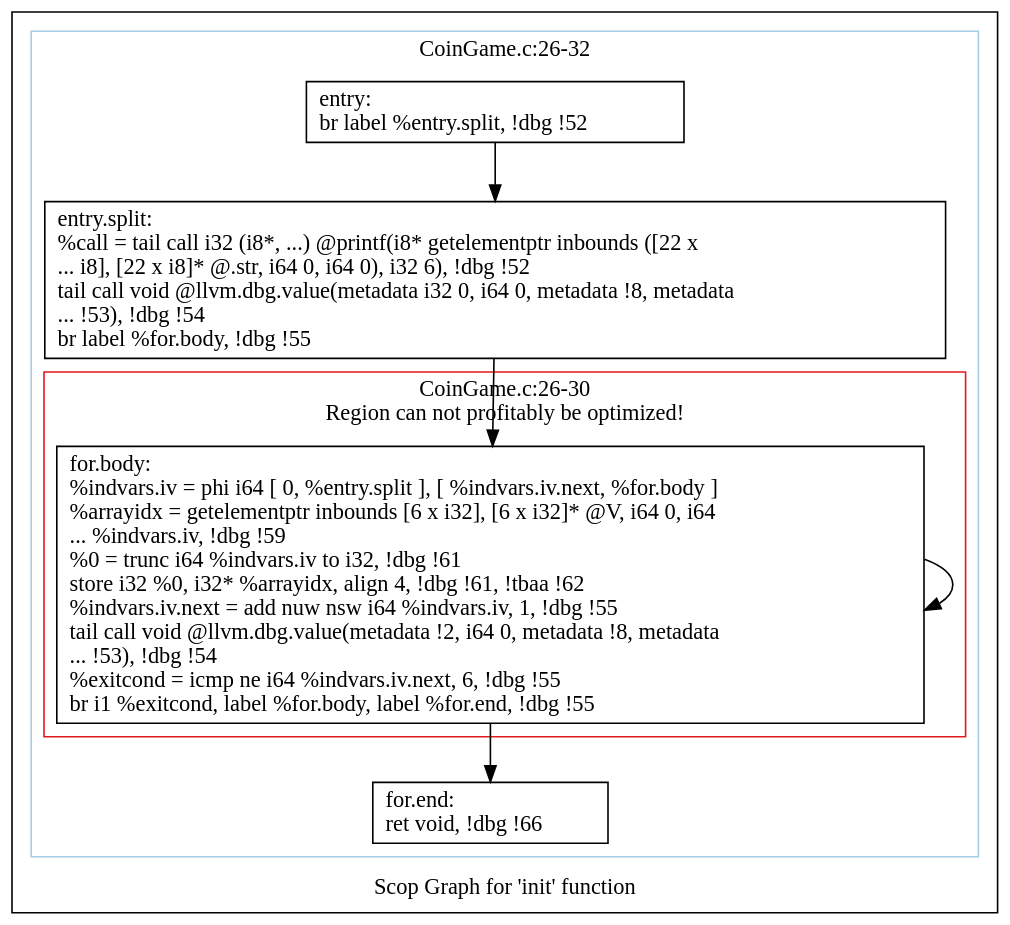
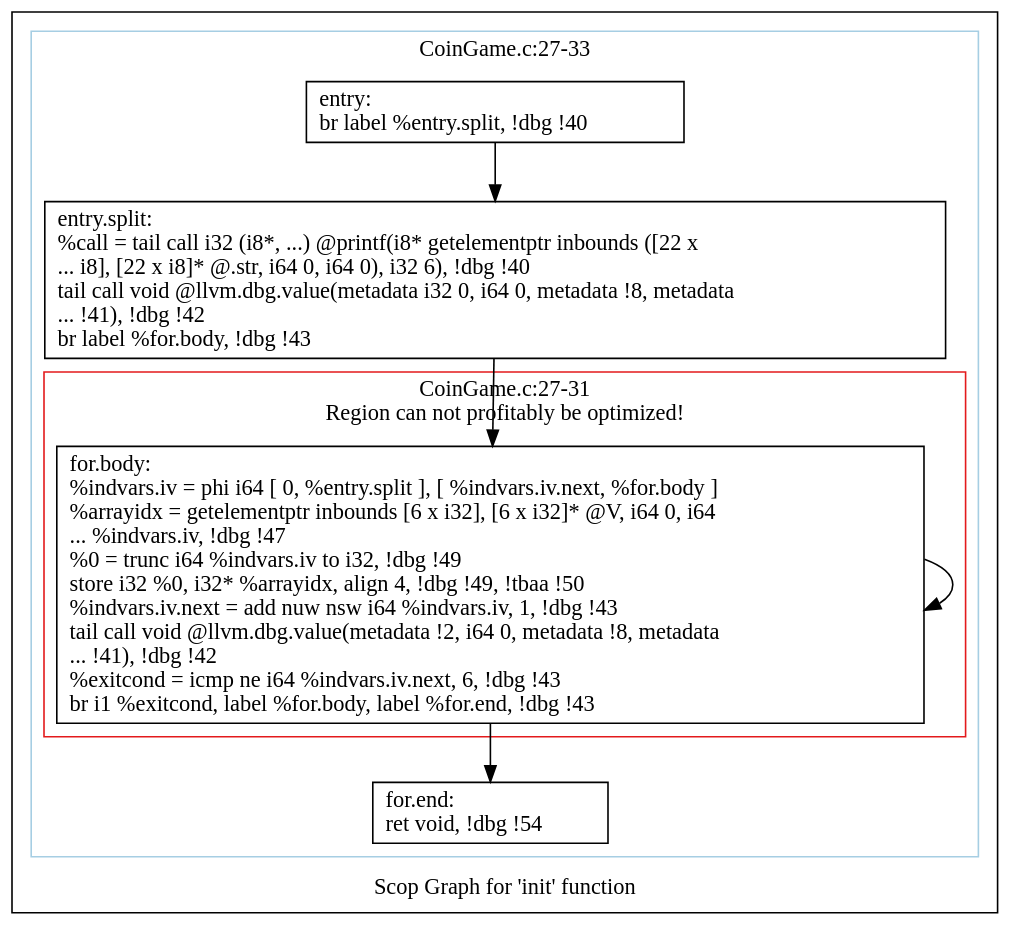
Before and after one commit to samminweng/WhileyOpenCL: the diagram in polly/CoinGame/impl/handwritten/dot/scops.init.dot, drawn with Graphviz. The commit also changed 28 other files, not shown here.

First line of the commit message:
Update 'play' function that Alice and Bob take turns to play the coin game

```diff
--- a/polly/CoinGame/impl/handwritten/dot/scops.init.dot
+++ b/polly/CoinGame/impl/handwritten/dot/scops.init.dot
@@ -1,29 +1,29 @@
 digraph "Scop Graph for 'init' function" {
 	label="Scop Graph for 'init' function";
 
-	Node0x9186a50 [shape=record,label="{entry:\l  br label %entry.split, !dbg !52\l}"];
-	Node0x9186a50 -> Node0x9174950;
-	Node0x9174950 [shape=record,label="{entry.split:                                      \l  %call = tail call i32 (i8*, ...) @printf(i8* getelementptr inbounds ([22 x\l... i8], [22 x i8]* @.str, i64 0, i64 0), i32 6), !dbg !52\l  tail call void @llvm.dbg.value(metadata i32 0, i64 0, metadata !8, metadata\l... !53), !dbg !54\l  br label %for.body, !dbg !55\l}"];
-	Node0x9174950 -> Node0x9192480;
-	Node0x9192480 [shape=record,label="{for.body:                                         \l  %indvars.iv = phi i64 [ 0, %entry.split ], [ %indvars.iv.next, %for.body ]\l  %arrayidx = getelementptr inbounds [6 x i32], [6 x i32]* @V, i64 0, i64\l... %indvars.iv, !dbg !59\l  %0 = trunc i64 %indvars.iv to i32, !dbg !61\l  store i32 %0, i32* %arrayidx, align 4, !dbg !61, !tbaa !62\l  %indvars.iv.next = add nuw nsw i64 %indvars.iv, 1, !dbg !55\l  tail call void @llvm.dbg.value(metadata !2, i64 0, metadata !8, metadata\l... !53), !dbg !54\l  %exitcond = icmp ne i64 %indvars.iv.next, 6, !dbg !55\l  br i1 %exitcond, label %for.body, label %for.end, !dbg !55\l}"];
-	Node0x9192480 -> Node0x9192480[constraint=false];
-	Node0x9192480 -> Node0x918de30;
-	Node0x918de30 [shape=record,label="{for.end:                                          \l  ret void, !dbg !66\l}"];
+	Node0xa838540 [shape=record,label="{entry:\l  br label %entry.split, !dbg !40\l}"];
+	Node0xa838540 -> Node0xa827d70;
+	Node0xa827d70 [shape=record,label="{entry.split:                                      \l  %call = tail call i32 (i8*, ...) @printf(i8* getelementptr inbounds ([22 x\l... i8], [22 x i8]* @.str, i64 0, i64 0), i32 6), !dbg !40\l  tail call void @llvm.dbg.value(metadata i32 0, i64 0, metadata !8, metadata\l... !41), !dbg !42\l  br label %for.body, !dbg !43\l}"];
+	Node0xa827d70 -> Node0xa81fae0;
+	Node0xa81fae0 [shape=record,label="{for.body:                                         \l  %indvars.iv = phi i64 [ 0, %entry.split ], [ %indvars.iv.next, %for.body ]\l  %arrayidx = getelementptr inbounds [6 x i32], [6 x i32]* @V, i64 0, i64\l... %indvars.iv, !dbg !47\l  %0 = trunc i64 %indvars.iv to i32, !dbg !49\l  store i32 %0, i32* %arrayidx, align 4, !dbg !49, !tbaa !50\l  %indvars.iv.next = add nuw nsw i64 %indvars.iv, 1, !dbg !43\l  tail call void @llvm.dbg.value(metadata !2, i64 0, metadata !8, metadata\l... !41), !dbg !42\l  %exitcond = icmp ne i64 %indvars.iv.next, 6, !dbg !43\l  br i1 %exitcond, label %for.body, label %for.end, !dbg !43\l}"];
+	Node0xa81fae0 -> Node0xa81fae0[constraint=false];
+	Node0xa81fae0 -> Node0xa82e1e0;
+	Node0xa82e1e0 [shape=record,label="{for.end:                                          \l  ret void, !dbg !54\l}"];
 	colorscheme = "paired12"
-        subgraph cluster_0x9199810 {
-          label = "CoinGame.c:26-32
+        subgraph cluster_0xa829e00 {
+          label = "CoinGame.c:27-33
 ";
           style = solid;
           color = 1
-          subgraph cluster_0x9176760 {
-            label = "CoinGame.c:26-30
+          subgraph cluster_0xa826f60 {
+            label = "CoinGame.c:27-31
 Region can not profitably be optimized!";
             style = solid;
             color = 6
-            Node0x9192480;
+            Node0xa81fae0;
           }
-          Node0x9186a50;
-          Node0x9174950;
-          Node0x918de30;
+          Node0xa838540;
+          Node0xa827d70;
+          Node0xa82e1e0;
         }
 }
```
